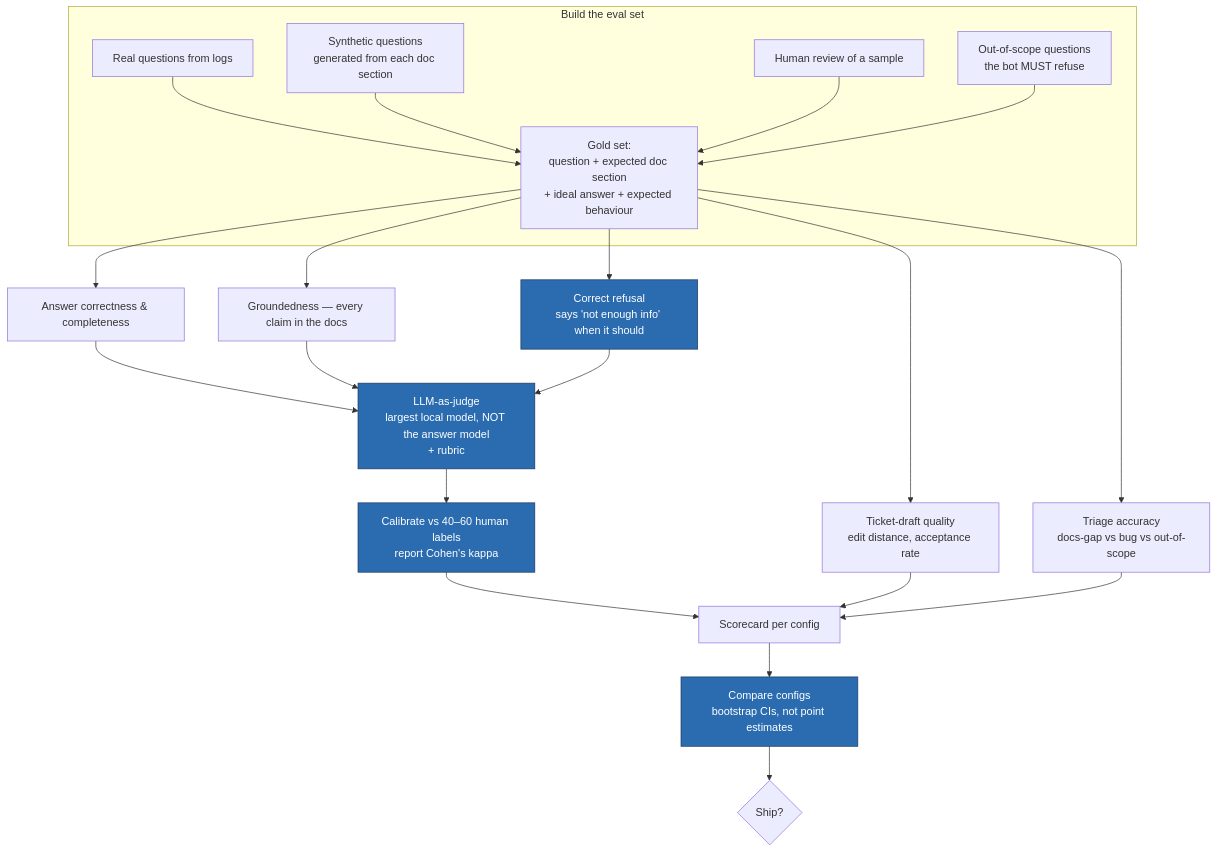
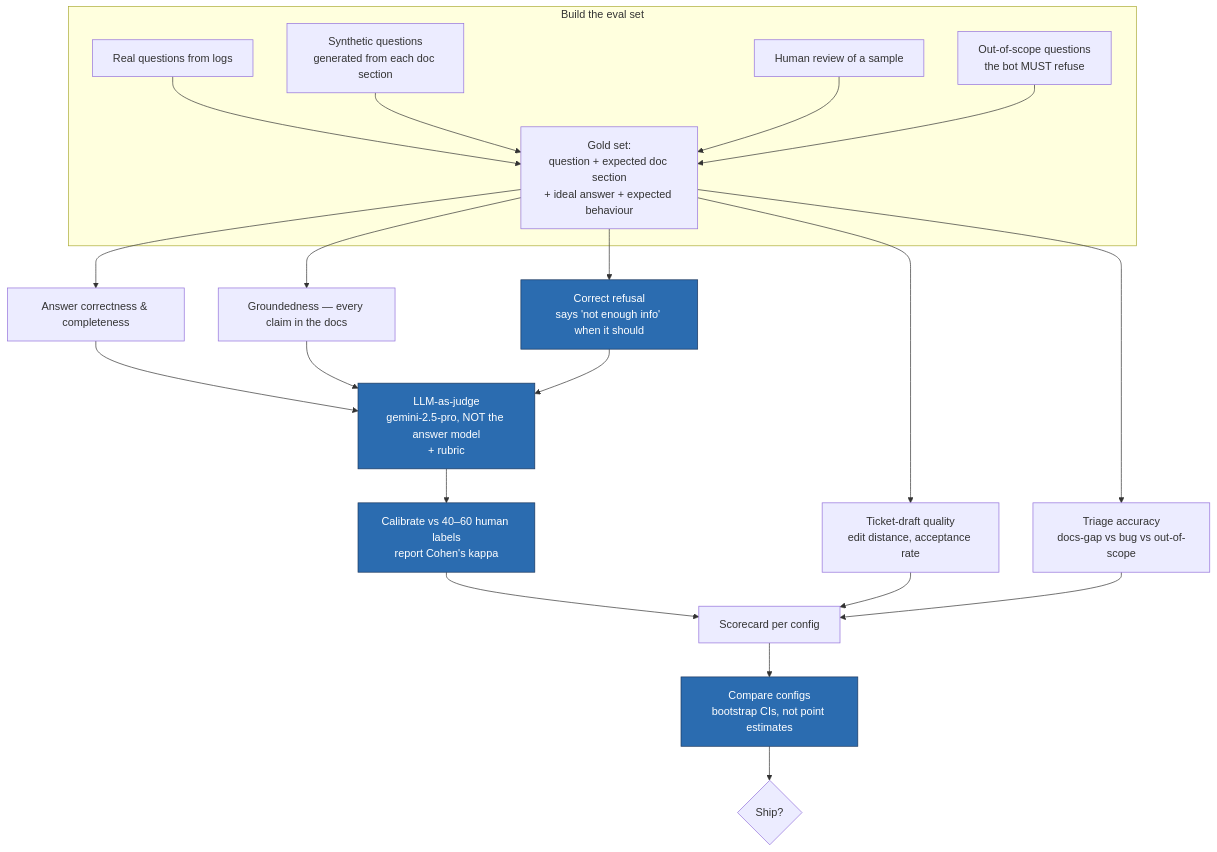
Before and after one commit to troymerales/sugbo-chatbot: the eighth of 11 diagrams in SugboDoc-Chatbot-Flowchart.md, drawn with Mermaid. The commit also changed other lines of this file and 48 other files, not shown here.

````diff
--- a/SugboDoc-Chatbot-Flowchart.md
+++ b/SugboDoc-Chatbot-Flowchart.md
@@ -224,30 +231,30 @@
 ```mermaid
 flowchart TD
     subgraph Build the eval set
         L[Real questions from logs] --> ES[Gold set:<br/>question + expected doc section<br/>+ ideal answer + expected behaviour]
         S[Synthetic questions<br/>generated from each doc section] --> ES
         HU[Human review of a sample] --> ES
         NEG[Out-of-scope questions<br/>the bot MUST refuse] --> ES
     end
 
     ES --> A1[Answer correctness & completeness]
     ES --> A2[Groundedness — every claim in the docs]
     ES --> A3[Correct refusal<br/>says 'not enough info' when it should]
     ES --> A4[Ticket-draft quality<br/>edit distance, acceptance rate]
     ES --> A5[Triage accuracy<br/>docs-gap vs bug vs out-of-scope]
 
-    A1 --> J[LLM-as-judge<br/>largest local model, NOT the answer model<br/>+ rubric]
+    A1 --> J[LLM-as-judge<br/>gemini-2.5-pro, NOT the answer model<br/>+ rubric]
     A2 --> J
     A3 --> J
     J --> CAL[Calibrate vs 40–60 human labels<br/>report Cohen's kappa]
     CAL --> CARD[Scorecard per config]
     A4 --> CARD
     A5 --> CARD
     CARD --> CMP[Compare configs<br/>bootstrap CIs, not point estimates]
     CMP --> GATE{Ship?}
 
     style J fill:#2b6cb0,stroke:#1a365d,color:#fff
     style CAL fill:#2b6cb0,stroke:#1a365d,color:#fff
     style CMP fill:#2b6cb0,stroke:#1a365d,color:#fff
     style A3 fill:#2b6cb0,stroke:#1a365d,color:#fff
 ```
````
